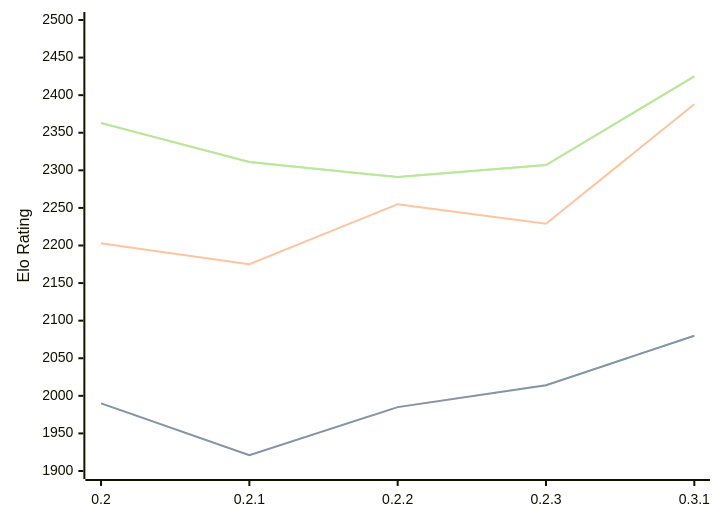
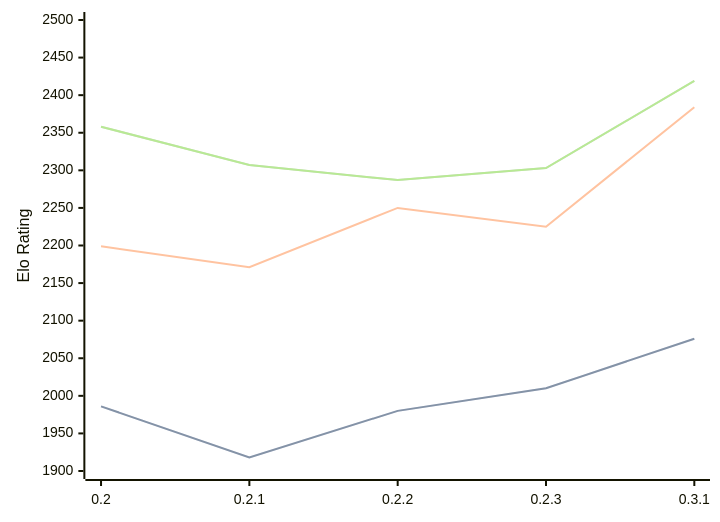
Before and after one commit to computer-chess-index/cci: the third of 3 diagrams in engines/Lolbot.md, drawn with Mermaid. The commit also changed other lines of this file, not shown here.

Commit message:
Update CCI Ratings (ELO VLTC) - 2026-07-16

````diff
--- a/engines/Lolbot.md
+++ b/engines/Lolbot.md
@@ -69,11 +69,11 @@
 ```mermaid
 %%{init: {"theme":"base","themeVariables":{"seriesColors:['#a3a3a3','#222221','#faa371']}}}%%
 xychart-beta
   x-axis ["0.2", "0.2.1", "0.2.2", "0.2.3", "0.3.1"]
   y-axis "Elo Rating" 1900 --> 2500
-  line "STC (8.0+0.08s)" [1990, 1921, 1985, 2014, 2080]
-  line "STC (8.0+0.08s)" [1990, 1921, 1985, 2014, 2080]
-  line "LTC (60.0+0.60s)" [2203, 2175, 2255, 2229, 2388]
-  line "VLTC (2m24s+1.12s)" [2363, 2311, 2291, 2307, 2425]
-  line "VLTC (2m24s+1.12s)" [2363, 2311, 2291, 2307, 2425]
+  line "STC (8.0+0.08s)" [1986, 1918, 1980, 2010, 2076]
+  line "STC (8.0+0.08s)" [1986, 1918, 1980, 2010, 2076]
+  line "LTC (60.0+0.60s)" [2199, 2171, 2250, 2225, 2384]
+  line "VLTC (2m24s+1.12s)" [2358, 2307, 2287, 2303, 2419]
+  line "VLTC (2m24s+1.12s)" [2358, 2307, 2287, 2303, 2419]
 ```
````
